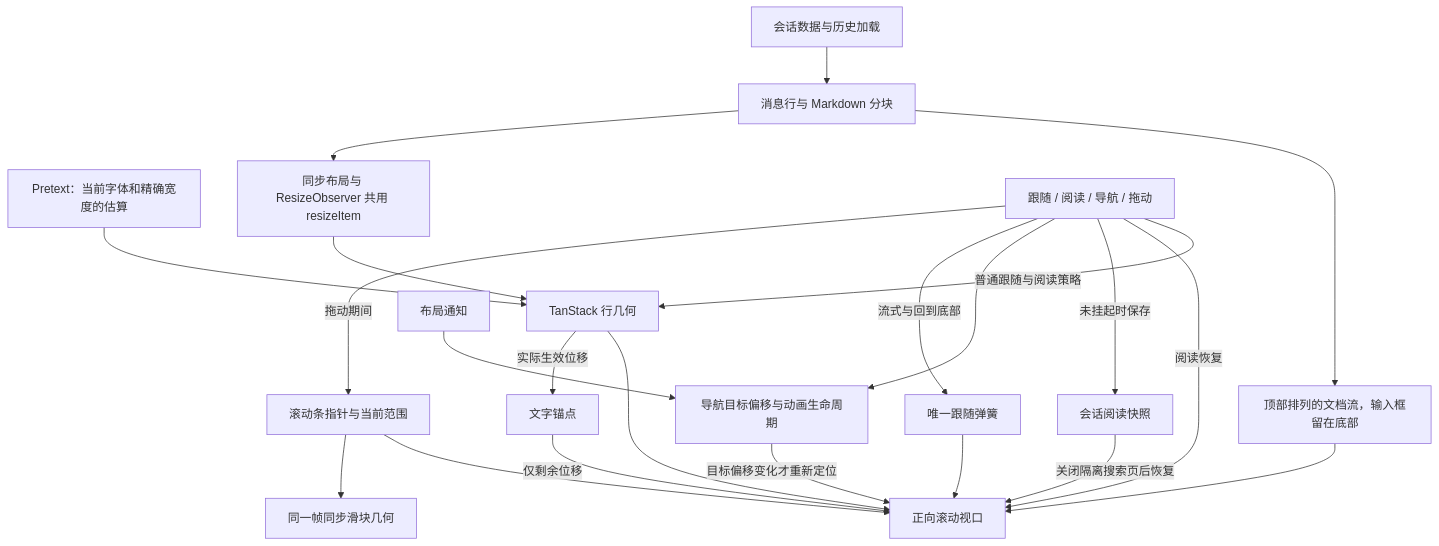
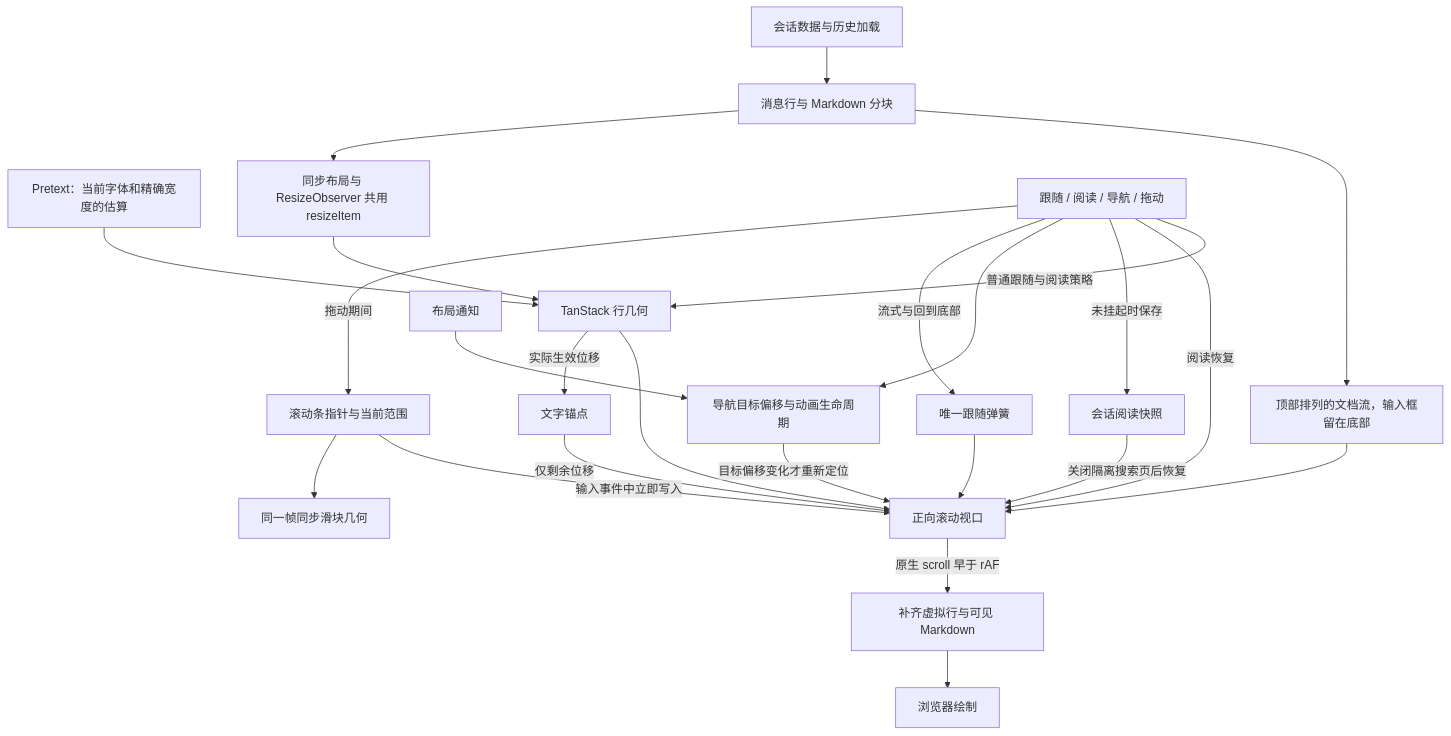
The diagram in docs/zh/wegent/developer-guide/wework-message-scroll.md (wecode-ai/Wegent), drawn with Mermaid before and after one commit. The commit also changed other lines of this file and 4 other files, not shown here.

````diff
--- a/docs/zh/wegent/developer-guide/wework-message-scroll.md
+++ b/docs/zh/wegent/developer-guide/wework-message-scroll.md
@@ -9,24 +9,26 @@
 ```mermaid
 flowchart TD
   Messages[会话数据与历史加载] --> Rows[消息行与 Markdown 分块]
   Rows --> Flow[顶部排列的文档流，输入框留在底部]
   Flow --> Viewport
   Pretext[Pretext：当前字体和精确宽度的估算] --> Engine[TanStack 行几何]
   Rows --> Measure[同步布局与 ResizeObserver 共用 resizeItem]
   Measure --> Engine
   Engine --> Viewport[正向滚动视口]
   Controller[跟随 / 阅读 / 导航 / 拖动] -->|普通跟随与阅读策略| Engine
   Controller -->|阅读恢复| Viewport
   Controller -->|未挂起时保存| Snapshot[会话阅读快照]
   Snapshot -->|关闭隔离搜索页后恢复| Viewport
   Controller --> Navigation[导航目标偏移与动画生命周期]
   Layout[布局通知] --> Navigation
   Navigation -->|目标偏移变化才重新定位| Viewport
   Controller -->|流式与回到底部| Spring[唯一跟随弹簧]
   Controller -->|拖动期间| Pointer[滚动条指针与当前范围]
-  Pointer --> Viewport
+  Pointer -->|输入事件中立即写入| Viewport
   Pointer --> Thumb[同一帧同步滑块几何]
+  Viewport -->|原生 scroll 早于 rAF| Coverage[补齐虚拟行与可见 Markdown]
+  Coverage --> Paint[浏览器绘制]
   Engine -->|实际生效位移| TextAnchor[文字锚点]
   TextAnchor -->|仅剩余位移| Viewport
   Spring --> Viewport
 ```
````
